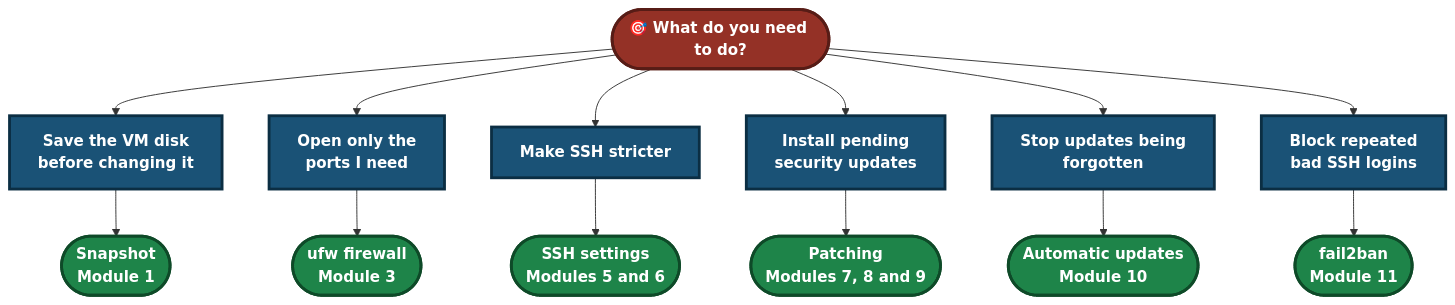
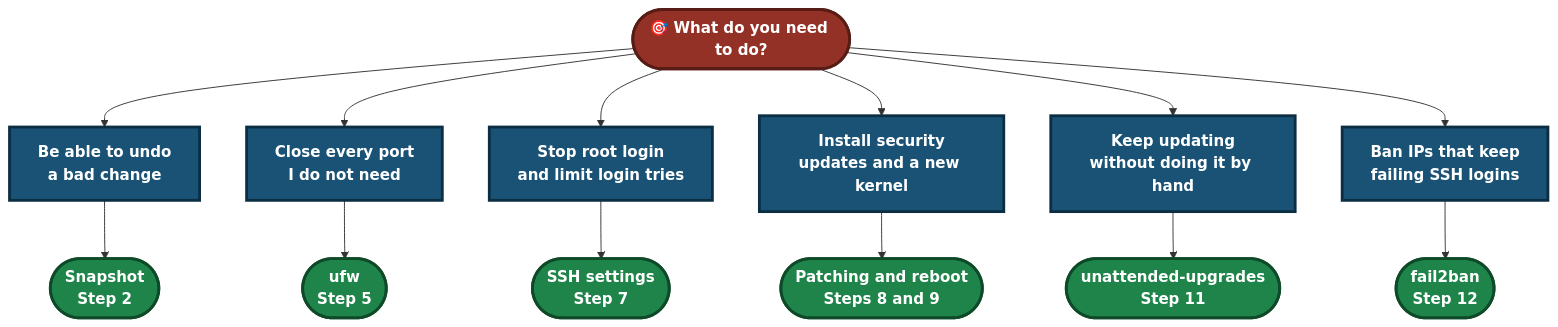
The second of 5 diagrams in lab03-ssh-firewall-patching/README.md (malaika-azhar/Linux-SysAdmin-Labs), drawn with Mermaid before and after one commit. The commit also changed other lines of this file, not shown here.

````diff
--- a/lab03-ssh-firewall-patching/README.md
+++ b/lab03-ssh-firewall-patching/README.md
@@ -227,20 +225,20 @@
 ```mermaid
 flowchart TD
     Start(["🎯 What do you need to do?"]):::start
-    Start --> A["Save the VM disk<br/>before changing it"]:::q
-    Start --> B["Open only the<br/>ports I need"]:::q
-    Start --> C["Make SSH stricter"]:::q
-    Start --> D["Install pending<br/>security updates"]:::q
-    Start --> E["Stop updates being<br/>forgotten"]:::q
-    Start --> F["Block repeated<br/>bad SSH logins"]:::q
-    A --> S1(["Snapshot<br/>Module 1"]):::s
-    B --> S2(["ufw firewall<br/>Module 3"]):::s
-    C --> S3(["SSH settings<br/>Modules 5 and 6"]):::s
-    D --> S4(["Patching<br/>Modules 7, 8 and 9"]):::s
-    E --> S5(["Automatic updates<br/>Module 10"]):::s
-    F --> S6(["fail2ban<br/>Module 11"]):::s
+    Start --> A["Be able to undo<br/>a bad change"]:::q
+    Start --> B["Close every port<br/>I do not need"]:::q
+    Start --> C["Stop root login<br/>and limit login tries"]:::q
+    Start --> D["Install security<br/>updates and a new kernel"]:::q
+    Start --> E["Keep updating<br/>without doing it by hand"]:::q
+    Start --> F["Ban IPs that keep<br/>failing SSH logins"]:::q
+    A --> S1(["Snapshot<br/>Step 2"]):::s
+    B --> S2(["ufw<br/>Step 5"]):::s
+    C --> S3(["SSH settings<br/>Step 7"]):::s
+    D --> S4(["Patching and reboot<br/>Steps 8 and 9"]):::s
+    E --> S5(["unattended-upgrades<br/>Step 11"]):::s
+    F --> S6(["fail2ban<br/>Step 12"]):::s
 
     classDef start fill:#943126,stroke:#571C16,stroke-width:3px,color:#FFFFFF,font-weight:bold
     classDef q fill:#1A5276,stroke:#0B2E43,stroke-width:3px,color:#FFFFFF,font-weight:bold
     classDef s fill:#1E8449,stroke:#0E4A28,stroke-width:3px,color:#FFFFFF,font-weight:bold
 ```
````
